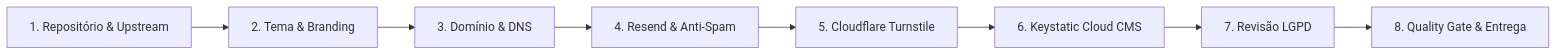
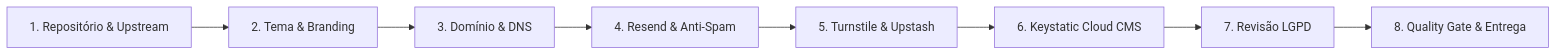
One commit to heviane/institutional-website-template changed the diagram in docs/07-client-onboarding-checklist.md. Above: the diagram before and after it, drawn with Mermaid. The commit also changed other lines of this file and 1 other file, not shown here.

Commit message:
docs: consolidar rate limiting com Upstash Redis no MVP da Fase 2

````diff
--- a/docs/07-client-onboarding-checklist.md
+++ b/docs/07-client-onboarding-checklist.md
@@ -9,10 +9,10 @@
 ```mermaid
 flowchart LR
     A["1. Repositório & Upstream"] --> B["2. Tema & Branding"]
     B --> C["3. Domínio & DNS"]
     C --> D["4. Resend & Anti-Spam"]
-    D --> E["5. Cloudflare Turnstile"]
+    D --> E["5. Turnstile & Upstash"]
     E --> F["6. Keystatic Cloud CMS"]
     F --> G["7. Revisão LGPD"]
     G --> H["8. Quality Gate & Entrega"]
 ```
````
